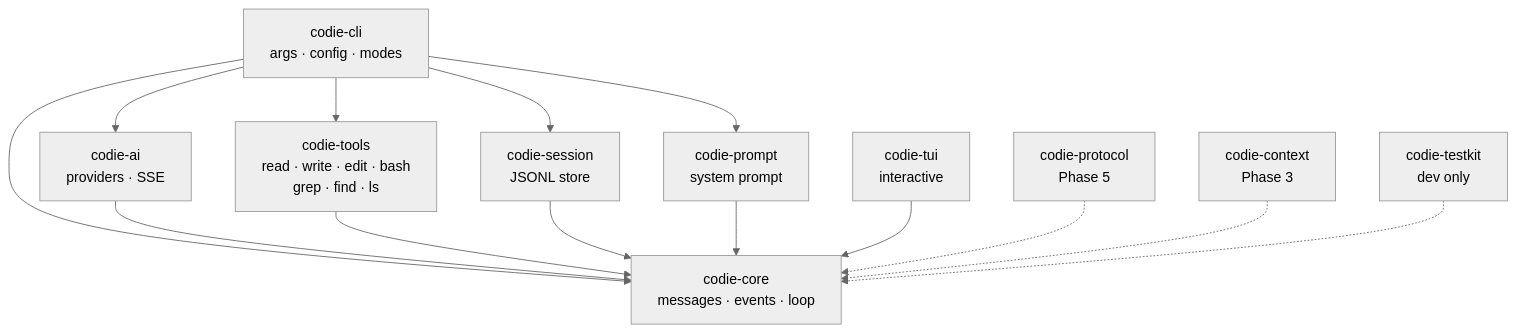
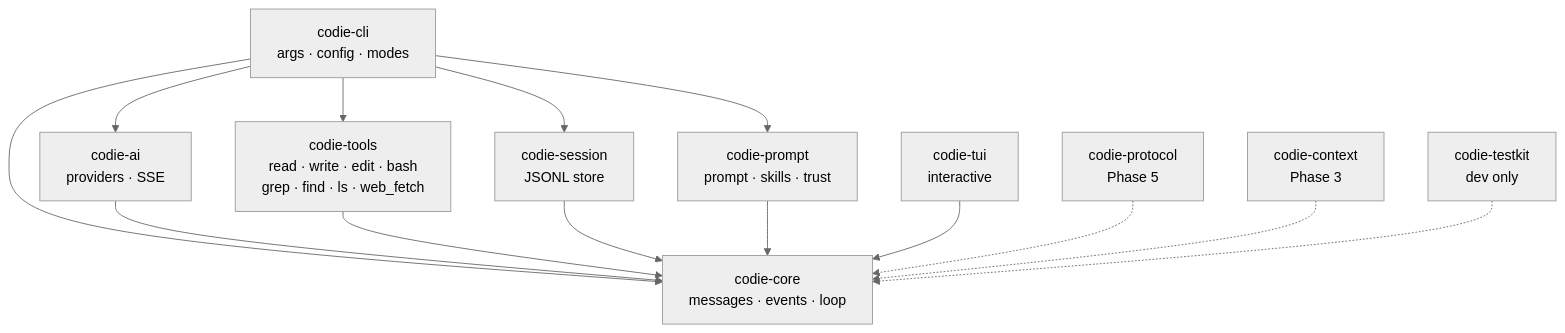
One commit to amardeepio/codie changed the diagram in docs/src/architecture.md. Above: the diagram before and after it, drawn with Mermaid (neutral theme). The commit also changed other lines of this file and 45 other files, not shown here.

````diff
--- a/docs/src/architecture.md
+++ b/docs/src/architecture.md
@@ -11,31 +11,31 @@
 ```mermaid
 flowchart TD
     CLI["codie-cli<br/>args · config · modes"]
 
     CORE["codie-core<br/>messages · events · loop"]
     AI["codie-ai<br/>providers · SSE"]
-    TOOLS["codie-tools<br/>read · write · edit · bash<br/>grep · find · ls"]
+    TOOLS["codie-tools<br/>read · write · edit · bash<br/>grep · find · ls · web_fetch"]
     SESSION["codie-session<br/>JSONL store"]
-    PROMPT["codie-prompt<br/>system prompt"]
+    PROMPT["codie-prompt<br/>prompt · skills · trust"]
 
     TUI["codie-tui<br/>interactive"]
     PROTO["codie-protocol<br/>Phase 5"]
     CONTEXT["codie-context<br/>Phase 3"]
 
     CLI --> CORE
     CLI --> AI
     CLI --> TOOLS
     CLI --> SESSION
     CLI --> PROMPT
 
     AI --> CORE
     TOOLS --> CORE
     SESSION --> CORE
     PROMPT --> CORE
 
     TUI --> CORE
     PROTO -.-> CORE
     CONTEXT -.-> CORE
 
     TESTKIT["codie-testkit<br/>dev only"] -.-> CORE
 ```
````
